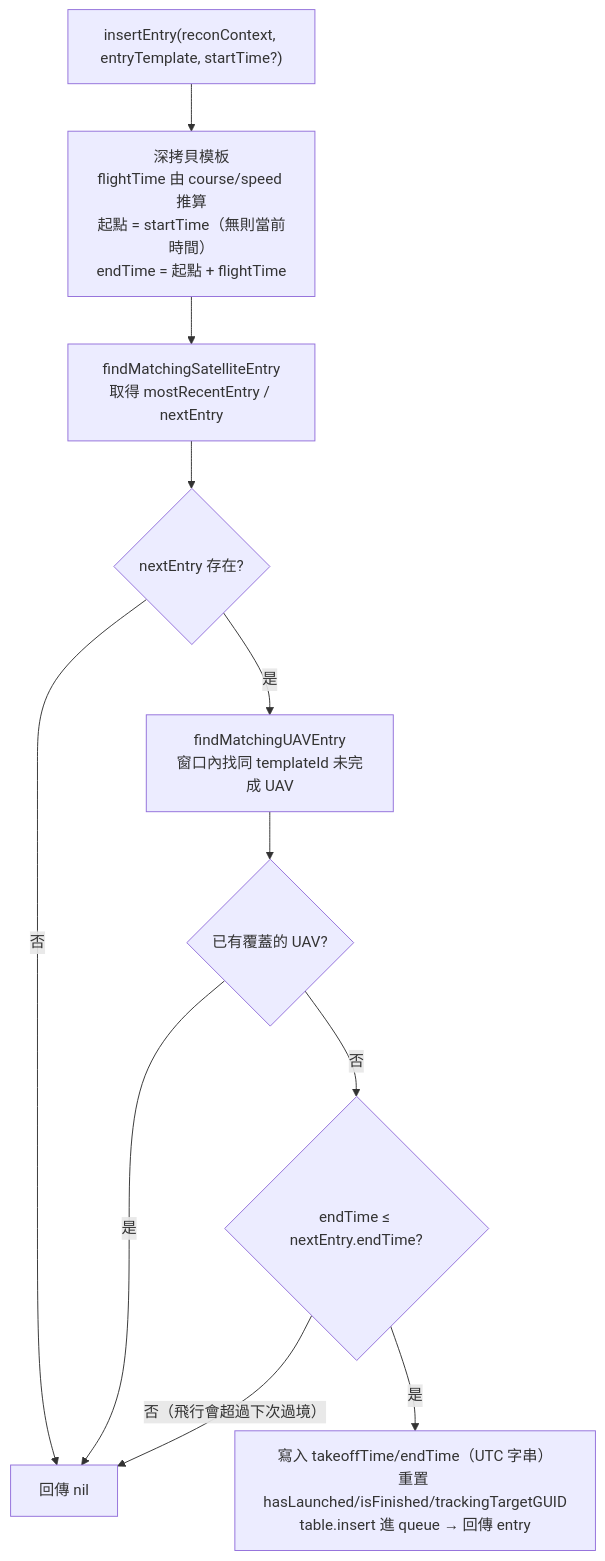
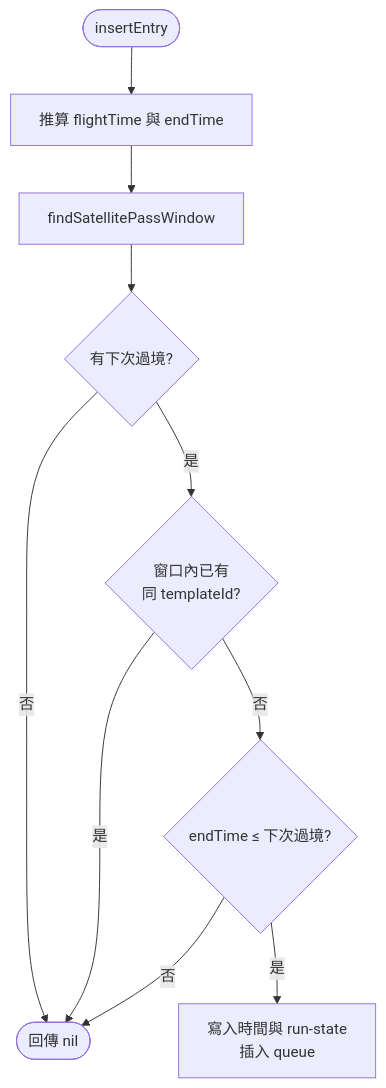
The third of 3 diagrams in docs/strikePlanner/recon.md (pullupjumper/formosa-in-flames), drawn with Mermaid before and after one commit. The commit also changed other lines of this file and 7 other files, not shown here.

First line of the commit message:
refactor(recon): model queue entries as template, plan and entry

````diff
--- a/docs/strikePlanner/recon.md
+++ b/docs/strikePlanner/recon.md
@@ -145,20 +143,19 @@
 ```mermaid
 flowchart TD
-    START["insertEntry(reconContext, entryTemplate, startTime?)"]
-    CALC["深拷貝模板<br>flightTime 由 course/speed 推算<br>起點 = startTime（無則當前時間）<br>endTime = 起點 + flightTime"]
-    ANCHOR["findMatchingSatelliteEntry<br>取得 mostRecentEntry / nextEntry"]
-    HASNEXT{"nextEntry 存在?"}
-    MATCH["findMatchingUAVEntry<br>窗口內找同 templateId 未完成 UAV"]
-    EXIST{"已有覆蓋的 UAV?"}
-    FIT{"endTime ≤ nextEntry.endTime?"}
-    INSERT["寫入 takeoffTime/endTime（UTC 字串）<br>重置 hasLaunched/isFinished/trackingTargetGUID<br>table.insert 進 queue → 回傳 entry"]
-    SKIP["回傳 nil"]
+    START(["insertEntry"])
+    CALC["推算 flightTime 與 endTime"]
+    ANCHOR["findSatellitePassWindow"]
+    HASNEXT{"有下次過境?"}
+    MATCH{"窗口內已有<br>同 templateId?"}
+    FIT{"endTime ≤ 下次過境?"}
+    INSERT["寫入時間與 run-state<br>插入 queue"]
+    SKIP(["回傳 nil"])
 
     START --> CALC --> ANCHOR --> HASNEXT
     HASNEXT -->|否| SKIP
-    HASNEXT -->|是| MATCH --> EXIST
-    EXIST -->|是| SKIP
-    EXIST -->|否| FIT
-    FIT -->|否（飛行會超過下次過境）| SKIP
+    HASNEXT -->|是| MATCH
+    MATCH -->|是| SKIP
+    MATCH -->|否| FIT
+    FIT -->|否| SKIP
     FIT -->|是| INSERT
 ```
````
